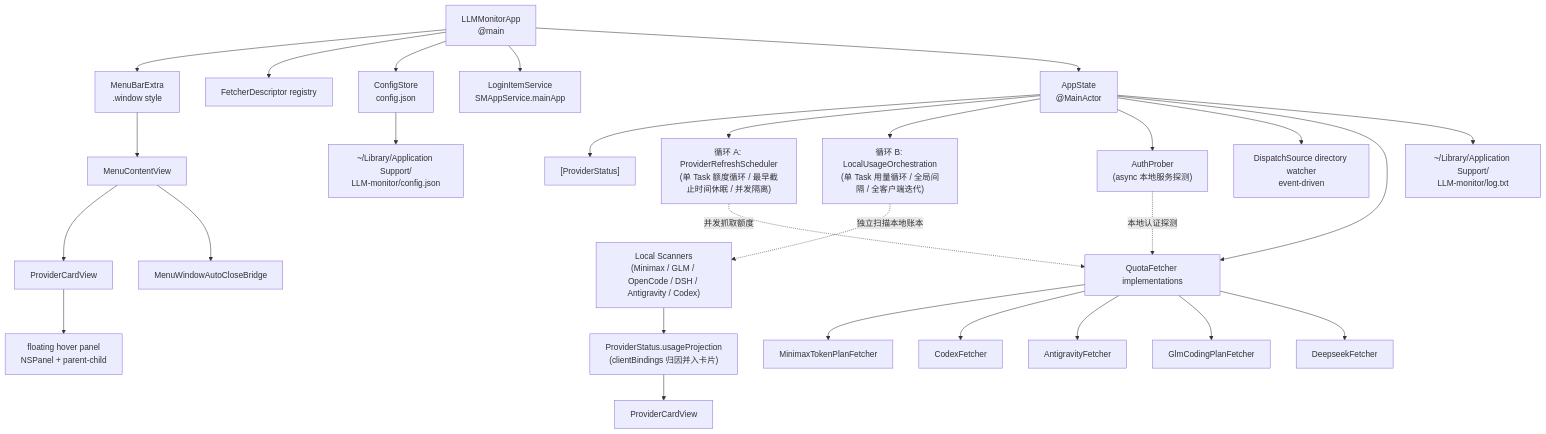
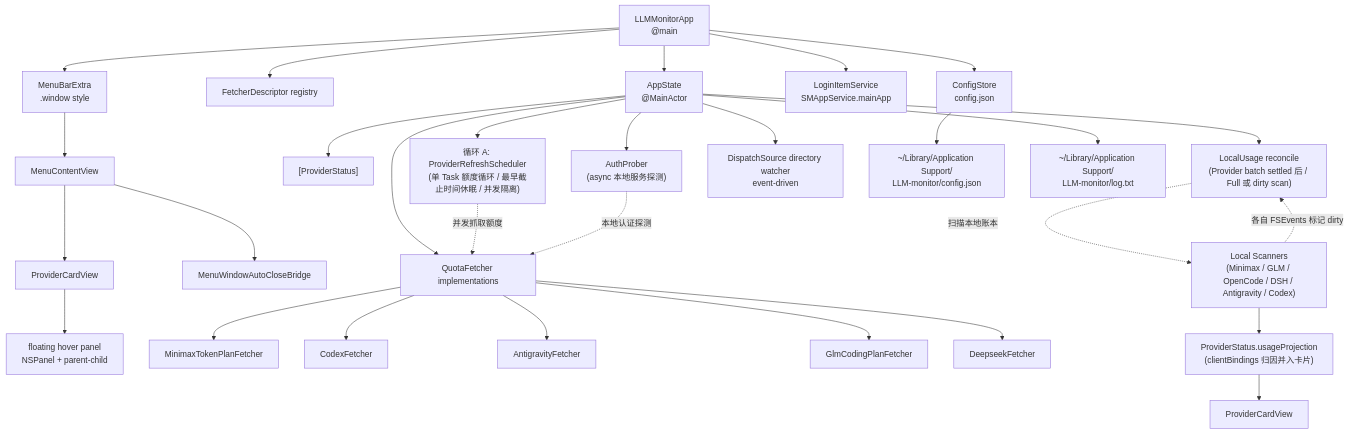
The diagram in spec/overview.md (bigboyq/LLM-monitor), drawn with Mermaid before and after one commit. The commit also changed other lines of this file and 30 other files, not shown here.

Commit message:
refactor local usage around provider reconciliation

````diff
--- a/spec/overview.md
+++ b/spec/overview.md
@@ -118,36 +119,37 @@
 ```mermaid
 flowchart TD
   App["LLMMonitorApp\n@main"] --> MenuBar["MenuBarExtra\n.window style"]
   App --> Descriptors["FetcherDescriptor registry"]
   App --> ConfigStore["ConfigStore\nconfig.json"]
   App --> LoginItem["LoginItemService\nSMAppService.mainApp"]
   App --> AppState["AppState\n@MainActor"]
 
   MenuBar --> MenuContentView["MenuContentView"]
   MenuContentView --> ProviderCardView["ProviderCardView"]
   MenuContentView --> AutoClose["MenuWindowAutoCloseBridge"]
   ProviderCardView --> HoverPanel["floating hover panel\nNSPanel + parent-child"]
 
   AppState --> Statuses["[ProviderStatus]"]
   AppState --> LoopA["循环 A: ProviderRefreshScheduler\n(单 Task 额度循环 / 最早截止时间休眠 / 并发隔离)"]
-  AppState --> LoopB["循环 B: LocalUsageOrchestration\n(单 Task 用量循环 / 全局间隔 / 全客户端迭代)"]
+  AppState --> Reconcile["LocalUsage reconcile\n(Provider batch settled 后 / Full 或 dirty scan)"]
   AppState --> Prober["AuthProber\n(async 本地服务探测)"]
   AppState --> Watcher["DispatchSource directory watcher\nevent-driven"]
   AppState --> Fetchers["QuotaFetcher implementations"]
 
   LoopA -. 并发抓取额度 .-> Fetchers
   Prober -. 本地认证探测 .-> Fetchers
-  LoopB -. 独立扫描本地账本 .-> Scanners["Local Scanners\n(Minimax / GLM / OpenCode / DSH / Antigravity / Codex)"]
+  Reconcile -. 扫描本地账本 .-> Scanners["Local Scanners\n(Minimax / GLM / OpenCode / DSH / Antigravity / Codex)"]
+  Scanners -. 各自 FSEvents 标记 dirty .-> Reconcile
 
   Fetchers --> Minimax["MinimaxTokenPlanFetcher"]
   Fetchers --> Codex["CodexFetcher"]
   Fetchers --> Antigravity["AntigravityFetcher"]
   Fetchers --> GLM["GlmCodingPlanFetcher"]
   Fetchers --> Deepseek["DeepseekFetcher"]
 
   Scanners --> Projection["ProviderStatus.usageProjection\n(clientBindings 归因并入卡片)"]
   Projection --> ProviderCard["ProviderCardView"]
 
   ConfigStore --> ConfigFile["~/Library/Application Support/\nLLM-monitor/config.json"]
   AppState --> LogFile["~/Library/Application Support/\nLLM-monitor/log.txt"]
 ```
````
